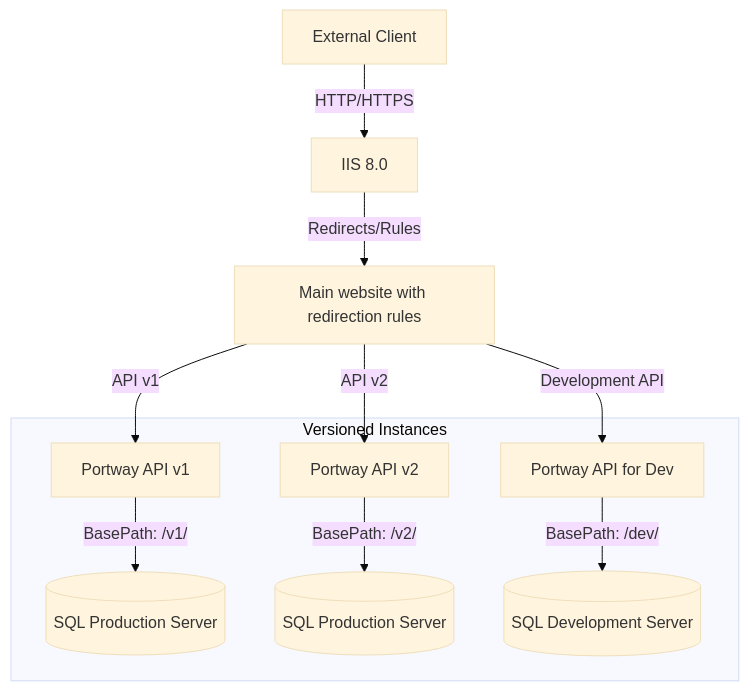
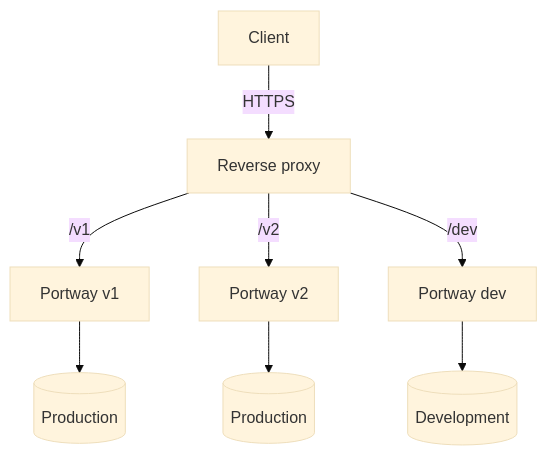
Before and after one commit to melosso/portway: the diagram in Documentation/docs/guide/versioning.md, drawn with Mermaid (base theme). The commit also changed other lines of this file and 37 other files, not shown here.

````diff
--- a/Documentation/docs/guide/versioning.md
+++ b/Documentation/docs/guide/versioning.md
@@ -12,14 +10,10 @@
 ```mermaid
 graph TD
-    Client[External Client] -->|HTTP/HTTPS| IIS[IIS 8.0]
-    IIS -->|Redirects/Rules| Versions[Main website with redirection rules]
-    Versions -->|API v1| API_V1[Portway API v1]
-    Versions -->|API v2| API_V2[Portway API v2]
-    Versions -->|Development API| Dev_API[Portway API for Dev]
-
-    subgraph Versioned Instances 
-        API_V1 -->|BasePath: /v1/| DB1[(SQL Production Server)]
-        API_V2 -->|BasePath: /v2/| DB2[(SQL Production Server)]
-        Dev_API -->|BasePath: /dev/| DBDev[(SQL Development Server)]
-    end
+    Client[Client] -->|HTTPS| Proxy[Reverse proxy]
+    Proxy -->|/v1| V1[Portway v1]
+    Proxy -->|/v2| V2[Portway v2]
+    Proxy -->|/dev| Dev[Portway dev]
+    V1 --> DB1[(Production)]
+    V2 --> DB2[(Production)]
+    Dev --> DBDev[(Development)]
 ```
````
